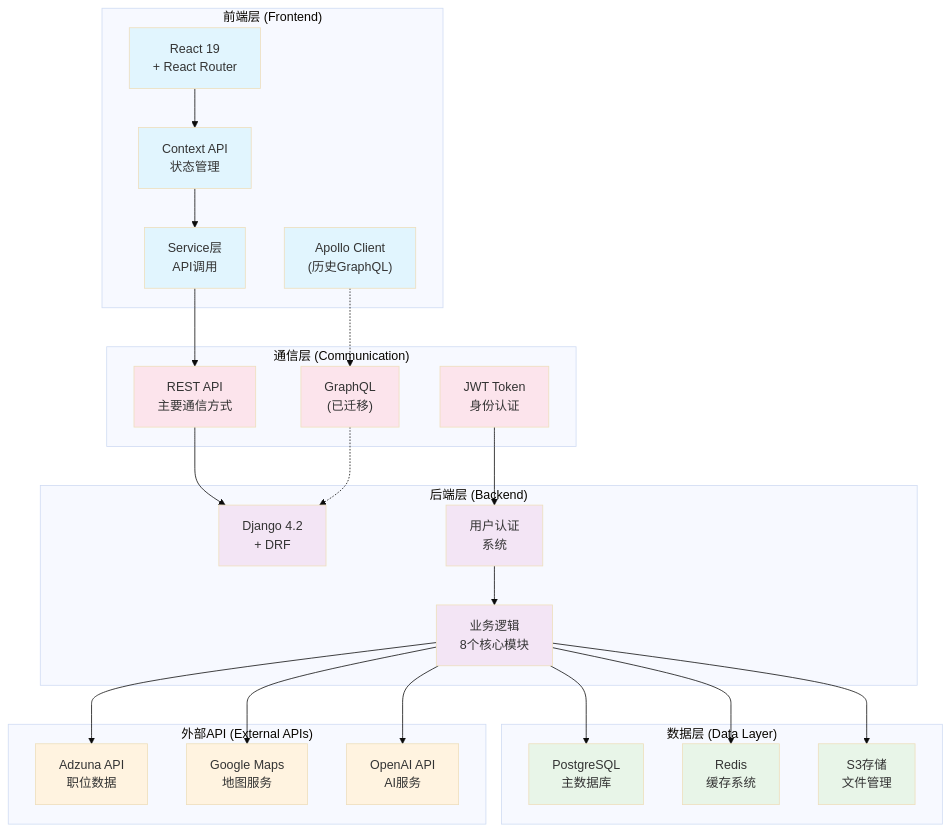
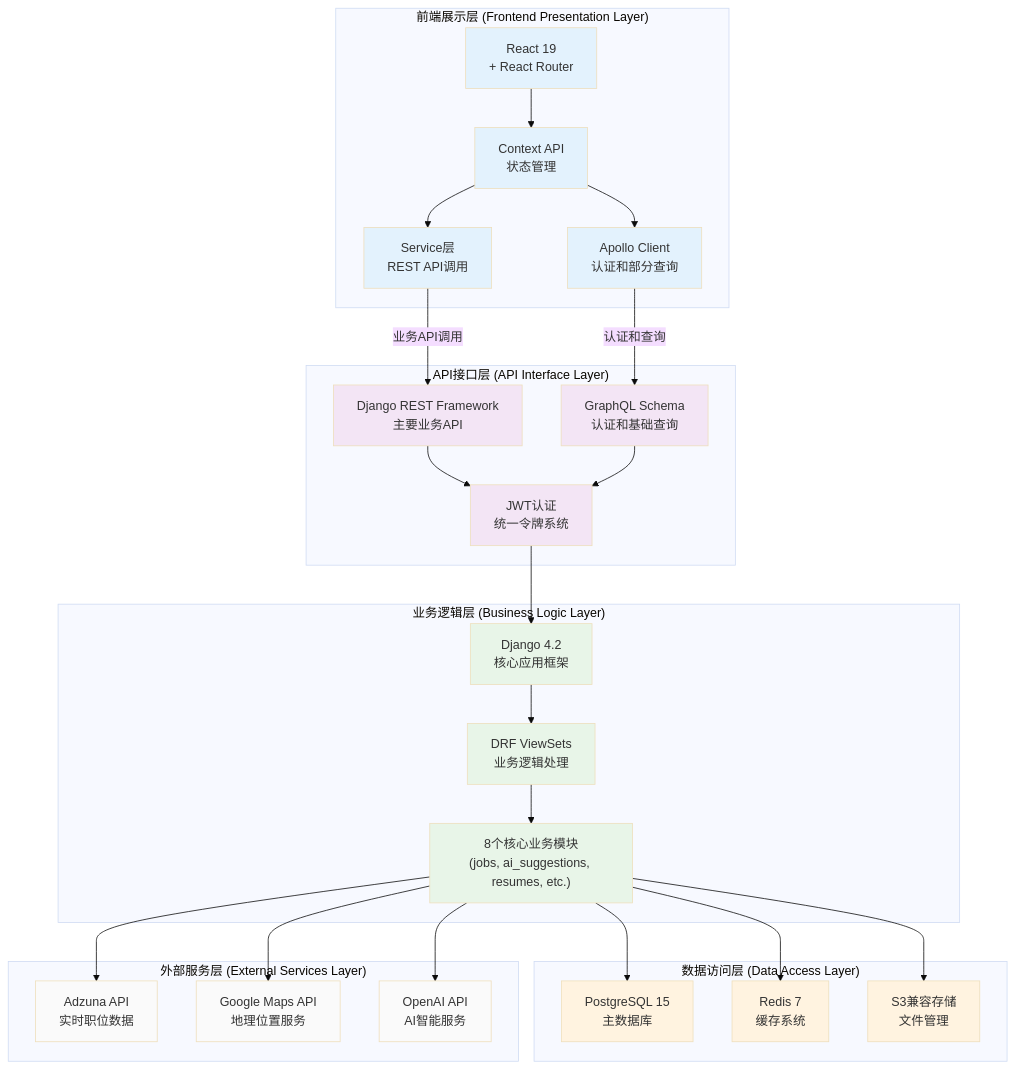
Before and after one commit to MariaVSoto/JobQuest_Navigator_CAA: the first of 3 diagrams in JobQuest_Navigator_项目汇报.md, drawn with Mermaid (base theme). The commit also changed other lines of this file and 219 other files, not shown here.

````diff
--- a/JobQuest_Navigator_项目汇报.md
+++ b/JobQuest_Navigator_项目汇报.md
@@ -73,67 +75,77 @@
 ```mermaid
 graph TB
-    %% Frontend Layer
-    subgraph "前端层 (Frontend)"
+    %% Frontend Presentation Layer
+    subgraph "前端展示层 (Frontend Presentation Layer)"
         React["React 19<br/>+ React Router"]
         Context["Context API<br/>状态管理"]
-        Apollo["Apollo Client<br/>(历史GraphQL)"]
-        Services["Service层<br/>API调用"]
+        Apollo["Apollo Client<br/>认证和部分查询"]
+        Services["Service层<br/>REST API调用"]
     end
     
-    %% Communication Layer
-    subgraph "通信层 (Communication)"
-        REST["REST API<br/>主要通信方式"]
-        GraphQL["GraphQL<br/>(已迁移)"]
-        JWT["JWT Token<br/>身份认证"]
+    %% API Interface Layer
+    subgraph "API接口层 (API Interface Layer)"
+        REST["Django REST Framework<br/>主要业务API"]
+        GraphQL["GraphQL Schema<br/>认证和基础查询"]
+        JWT["JWT认证<br/>统一令牌系统"]
     end
     
-    %% Backend Layer
-    subgraph "后端层 (Backend)"
-        Django["Django 4.2<br/>+ DRF"]
-        Auth["用户认证<br/>系统"]
-        Business["业务逻辑<br/>8个核心模块"]
+    %% Business Logic Layer
+    subgraph "业务逻辑层 (Business Logic Layer)"
+        Django["Django 4.2<br/>核心应用框架"]
+        ViewSets["DRF ViewSets<br/>业务逻辑处理"]
+        CoreModules["8个核心业务模块<br/>(jobs, ai_suggestions, resumes, etc.)"]
     end
     
-    %% Data Layer
-    subgraph "数据层 (Data Layer)"
-        PostgreSQL["PostgreSQL<br/>主数据库"]
-        Redis["Redis<br/>缓存系统"]
-        S3["S3存储<br/>文件管理"]
+    %% Data Access Layer
+    subgraph "数据访问层 (Data Access Layer)"
+        PostgreSQL["PostgreSQL 15<br/>主数据库"]
+        Redis["Redis 7<br/>缓存系统"]
+        S3["S3兼容存储<br/>文件管理"]
     end
     
-    %% External APIs
-    subgraph "外部API (External APIs)"
-        Adzuna["Adzuna API<br/>职位数据"]
-        Maps["Google Maps<br/>地图服务"]
-        OpenAI["OpenAI API<br/>AI服务"]
+    %% External Services Layer
+    subgraph "外部服务层 (External Services Layer)"
+        Adzuna["Adzuna API<br/>实时职位数据"]
+        Maps["Google Maps API<br/>地理位置服务"]
+        OpenAI["OpenAI API<br/>AI智能服务"]
     end
     
-    %% Connections
+    %% Main Data Flow
     React --> Context
     Context --> Services
-    Services --> REST
-    Apollo -.-> GraphQL
-    REST --> Django
-    GraphQL -.-> Django
-    JWT --> Auth
-    Auth --> Business
-    Business --> PostgreSQL
-    Business --> Redis
-    Business --> S3
-    Business --> Adzuna
-    Business --> Maps
-    Business --> OpenAI
+    Context --> Apollo
+    
+    %% API Calls
+    Services -->|"业务API调用"| REST
+    Apollo -->|"认证和查询"| GraphQL
+    
+    %% Backend Processing
+    REST --> JWT
+    GraphQL --> JWT
+    JWT --> Django
+    Django --> ViewSets
+    ViewSets --> CoreModules
+    
+    %% Data Access
+    CoreModules --> PostgreSQL
+    CoreModules --> Redis
+    CoreModules --> S3
+    
+    %% External Service Calls
+    CoreModules --> Adzuna
+    CoreModules --> Maps
+    CoreModules --> OpenAI
     
     %% Styling
-    classDef frontend fill:#e1f5fe
-    classDef backend fill:#f3e5f5
-    classDef data fill:#e8f5e8
-    classDef external fill:#fff3e0
-    classDef communication fill:#fce4ec
+    classDef frontend fill:#e3f2fd
+    classDef api fill:#f3e5f5
+    classDef business fill:#e8f5e8
+    classDef data fill:#fff3e0
+    classDef external fill:#fafafa
     
     class React,Context,Apollo,Services frontend
-    class Django,Auth,Business backend
+    class REST,GraphQL,JWT api
+    class Django,ViewSets,CoreModules business
     class PostgreSQL,Redis,S3 data
     class Adzuna,Maps,OpenAI external
-    class REST,GraphQL,JWT communication
 ```
````
